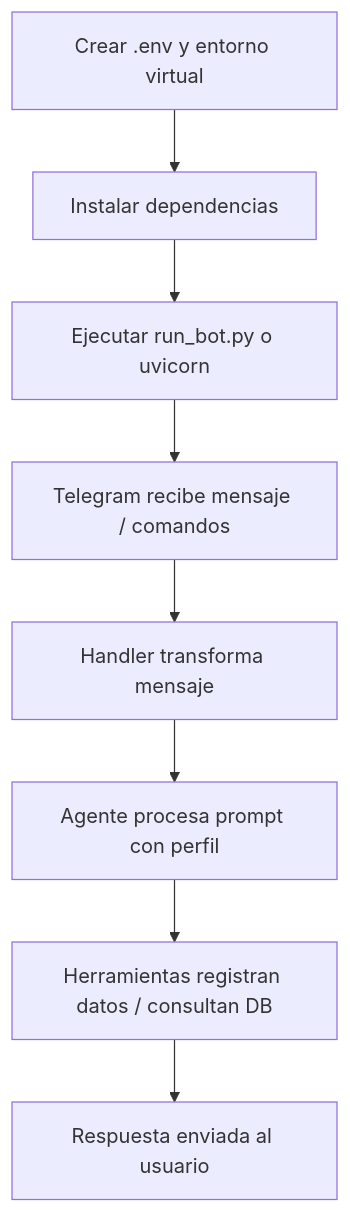
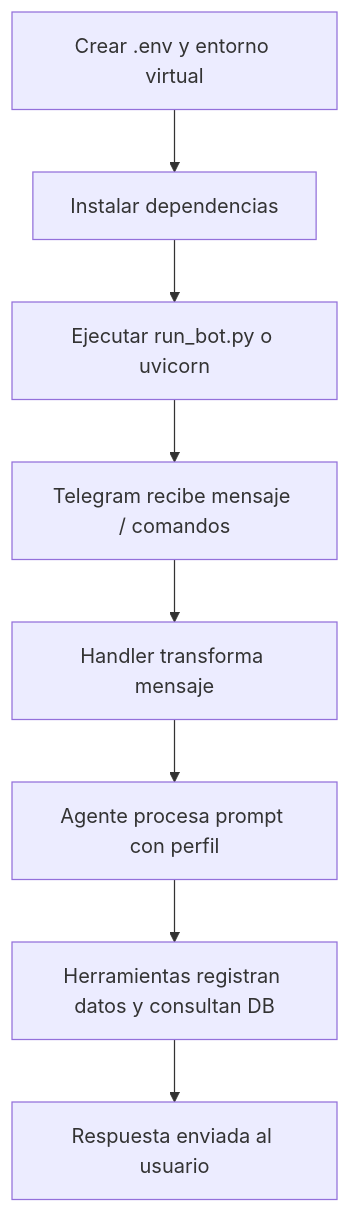
The diagram in USAGE_EXAMPLES.md (andres-ax/EntrenadorPersonal), drawn with Mermaid before and after one commit. The commit also changed other lines of this file, not shown here.

Commit message:
refactor(documentacion): actualizar ejemplos de uso y mejorar la sección de configuración del entorno

````diff
--- a/USAGE_EXAMPLES.md
+++ b/USAGE_EXAMPLES.md
@@ -7,10 +17,10 @@
 ```mermaid
 graph TD
-    A["Crear .env y entorno virtual"] --> B["Instalar dependencias"]
-    B --> C["Ejecutar run_bot.py o uvicorn"]
-    C --> D["Telegram recibe mensaje / comandos"]
-    D --> E["Handler transforma mensaje"]
-    E --> F["Agente procesa prompt con perfil"]
-    F --> G["Herramientas registran datos / consultan DB"]
-    G --> H["Respuesta enviada al usuario"]
+    A[Crear .env y entorno virtual] --> B[Instalar dependencias]
+    B --> C[Ejecutar run_bot.py o uvicorn]
+    C --> D[Telegram recibe mensaje / comandos]
+    D --> E[Handler transforma mensaje]
+    E --> F[Agente procesa prompt con perfil]
+    F --> G[Herramientas registran datos y consultan DB]
+    G --> H[Respuesta enviada al usuario]
 ```
````
